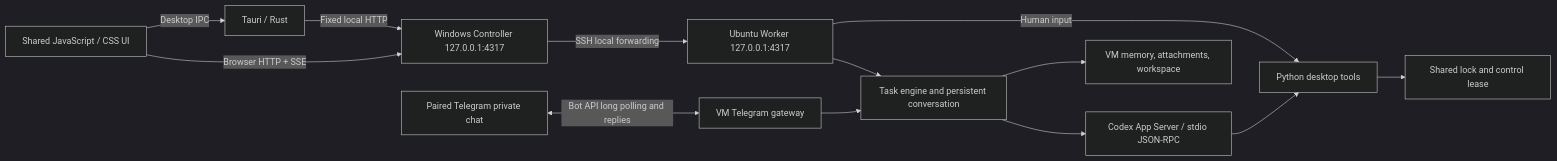
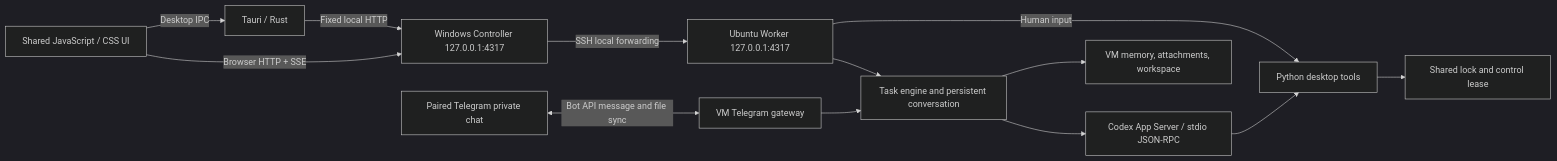
Before and after one commit to Stephen-Sim/dant: the first of 3 diagrams in docs/architecture.md, drawn with Mermaid (dark theme). The commit also changed other lines of this file and 144 other files, not shown here.

````diff
--- a/docs/architecture.md
+++ b/docs/architecture.md
@@ -7,15 +7,15 @@
 ```mermaid
 flowchart LR
   UI[Shared JavaScript / CSS UI] -->|Browser HTTP + SSE| Controller
   UI -->|Desktop IPC| Rust[Tauri / Rust]
   Rust -->|Fixed local HTTP| Controller[Windows Controller 127.0.0.1:4317]
   Controller -->|SSH local forwarding| Worker[Ubuntu Worker 127.0.0.1:4317]
   Worker --> Engine[Task engine and persistent conversation]
-  Telegram[Paired Telegram private chat] <-->|Bot API long polling and replies| Gateway[VM Telegram gateway]
+  Telegram[Paired Telegram private chat] <-->|Bot API message and file sync| Gateway[VM Telegram gateway]
   Gateway --> Engine
   Engine --> Codex[Codex App Server / stdio JSON-RPC]
   Engine --> Files[VM memory, attachments, workspace]
   Codex --> Desktop[Python desktop tools]
   Worker -->|Human input| Desktop
   Desktop --> Lock[Shared lock and control lease]
 ```
````
